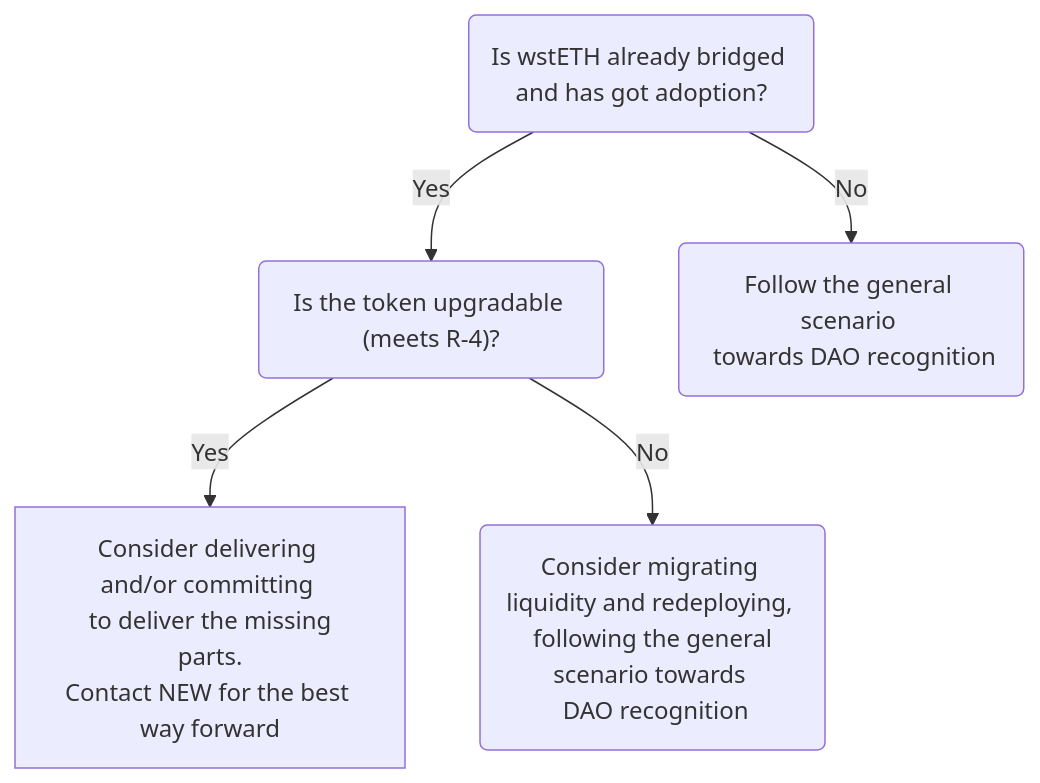
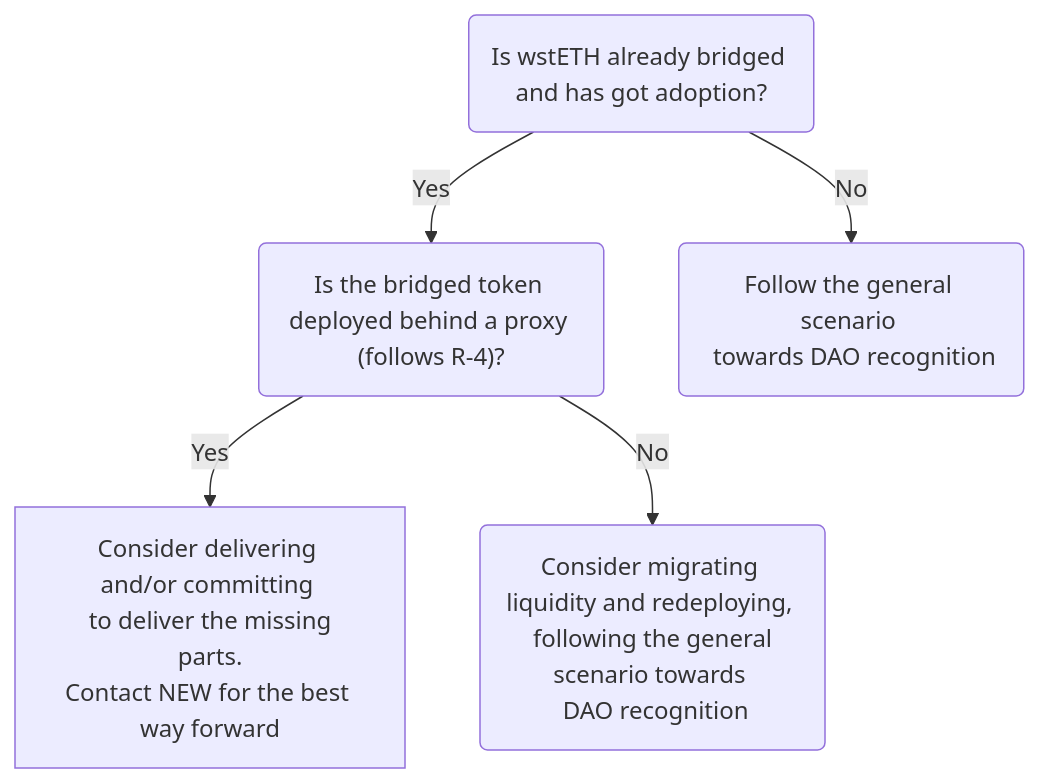
The diagram in docs/token-guides/wsteth-bridging-guide.md (lidofinance/docs), drawn with Mermaid before and after one commit. The commit also changed other lines of this file, not shown here.

````diff
--- a/docs/token-guides/wsteth-bridging-guide.md
+++ b/docs/token-guides/wsteth-bridging-guide.md
@@ -58,13 +84,13 @@
 ```mermaid
 graph TD;
   A("Is wstETH already bridged and has got adoption?")
-  B("Is the token upgradable (meets R-4)?")
+  B("Is the bridged token deployed behind a proxy (follows R-4)?")
   C("Follow the general scenario <br> towards DAO recognition")
   D("Consider migrating liquidity and redeploying, <br> following the general scenario towards <br> DAO recognition")
   F["Consider delivering and/or committing <br> to deliver the missing parts.<br>Contact NEW for the best way forward"]
 
   A-- Yes -->B
   B-- Yes -->F
   A-- No -->C
   B-- No -->D
 ```
````
